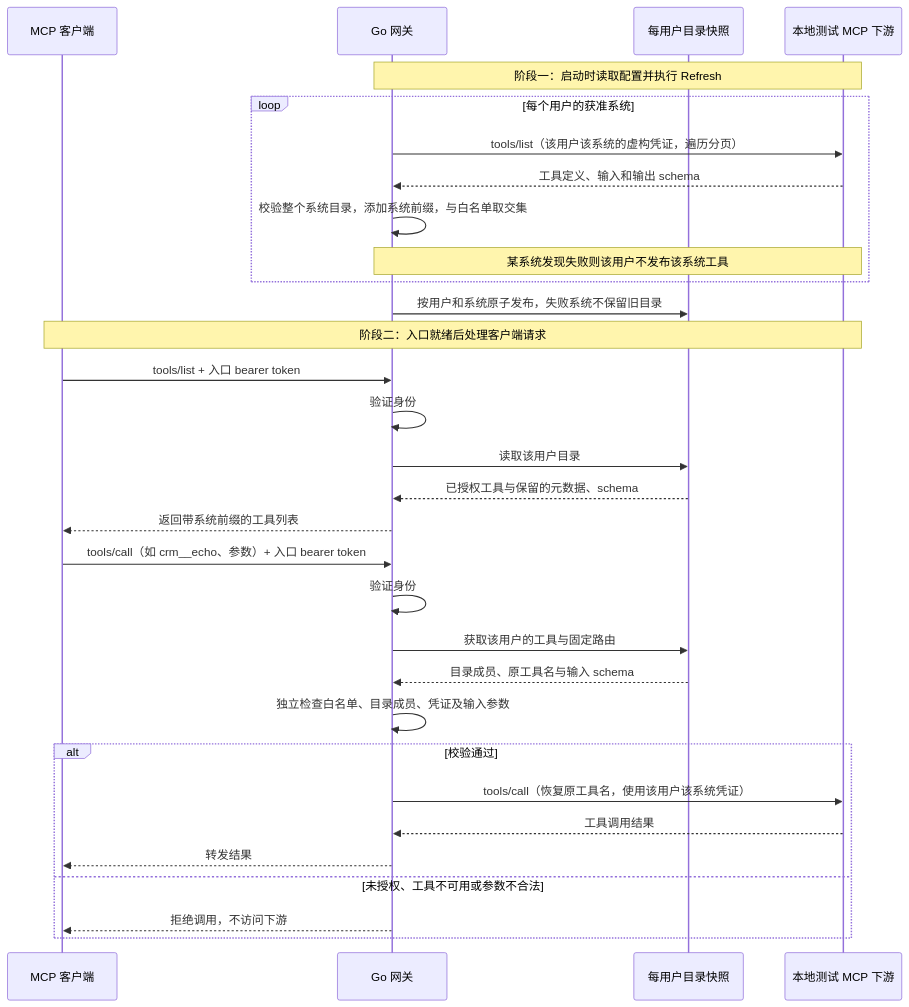
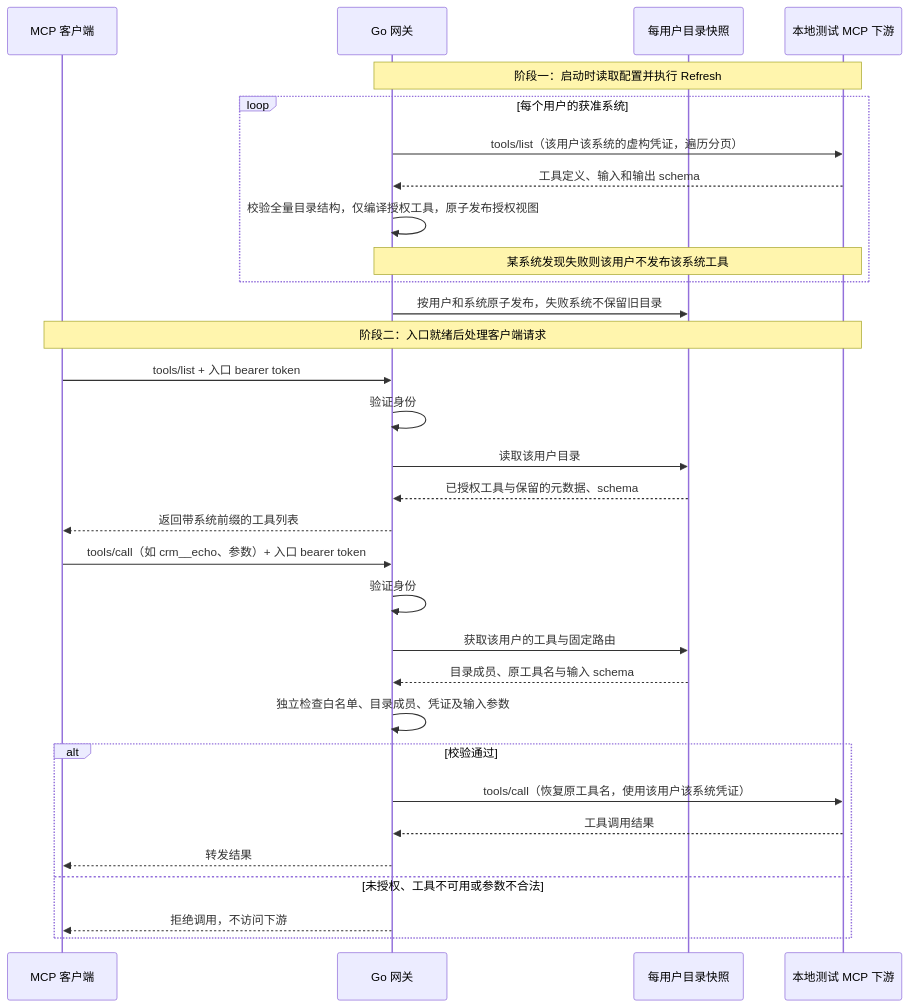
The second of 2 diagrams in README.md (yangkangbug/mcp-entry), drawn with Mermaid before and after one commit. The commit also changed 12 other files, not shown here.

Commit message:
fix: isolate schema admission to authorized catalog views

````diff
--- a/README.md
+++ b/README.md
@@ -44,36 +44,36 @@
 ```mermaid
 sequenceDiagram
     participant C as MCP 客户端
     participant G as Go 网关
     participant S as 每用户目录快照
     participant D as 本地测试 MCP 下游
 
     Note over G,D: 阶段一：启动时读取配置并执行 Refresh
     loop 每个用户的获准系统
         G->>D: tools/list（该用户该系统的虚构凭证，遍历分页）
         D-->>G: 工具定义、输入和输出 schema
-        G->>G: 校验整个系统目录，添加系统前缀，与白名单取交集
+        G->>G: 校验全量目录结构，仅编译授权工具，原子发布授权视图
         Note over G,D: 某系统发现失败则该用户不发布该系统工具
     end
     G->>S: 按用户和系统原子发布，失败系统不保留旧目录
 
     Note over C,D: 阶段二：入口就绪后处理客户端请求
     C->>G: tools/list + 入口 bearer token
     G->>G: 验证身份
     G->>S: 读取该用户目录
     S-->>G: 已授权工具与保留的元数据、schema
     G-->>C: 返回带系统前缀的工具列表
 
     C->>G: tools/call（如 crm__echo、参数）+ 入口 bearer token
     G->>G: 验证身份
     G->>S: 获取该用户的工具与固定路由
     S-->>G: 目录成员、原工具名与输入 schema
     G->>G: 独立检查白名单、目录成员、凭证及输入参数
     alt 校验通过
         G->>D: tools/call（恢复原工具名，使用该用户该系统凭证）
         D-->>G: 工具调用结果
         G-->>C: 转发结果
     else 未授权、工具不可用或参数不合法
         G-->>C: 拒绝调用，不访问下游
     end
 ```
````
